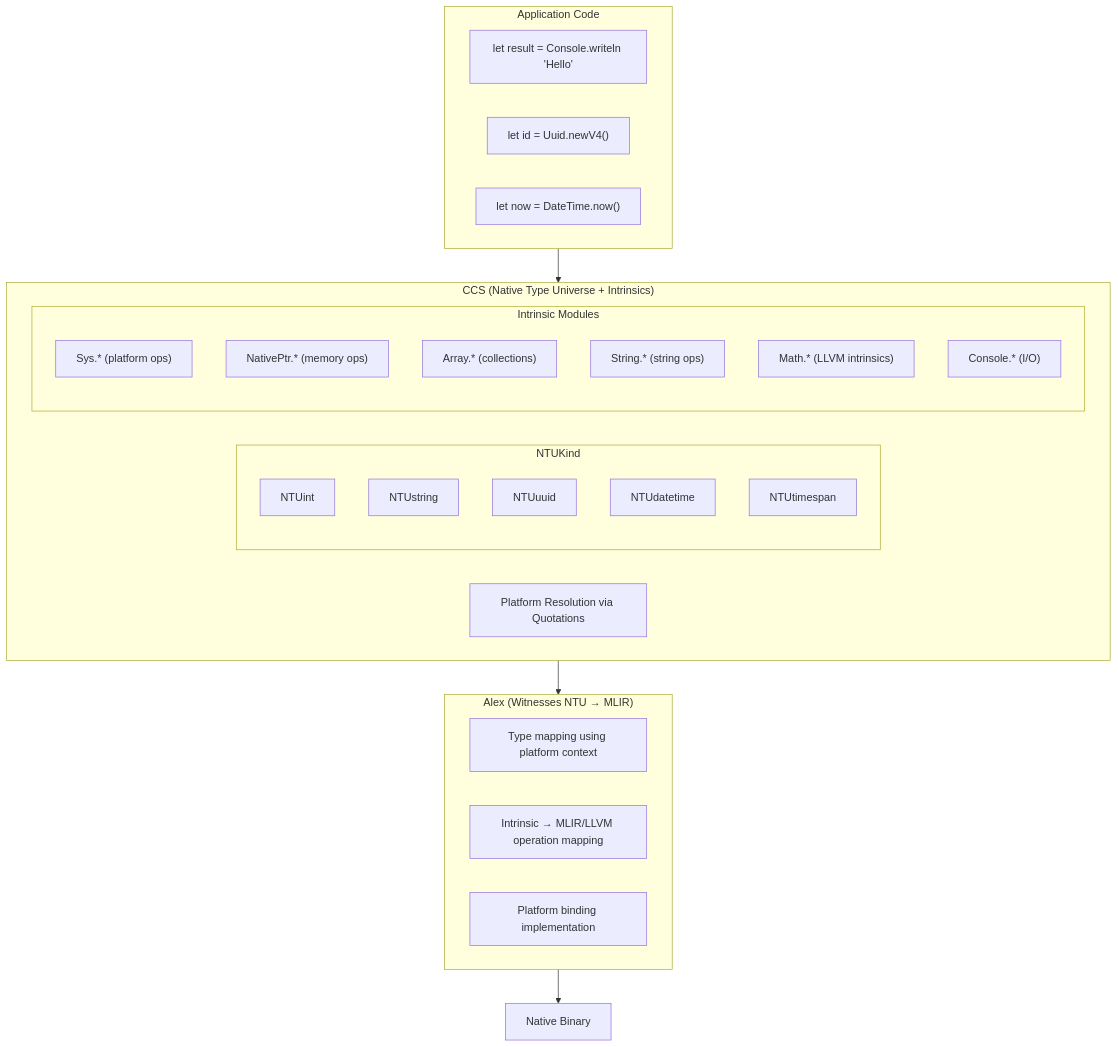
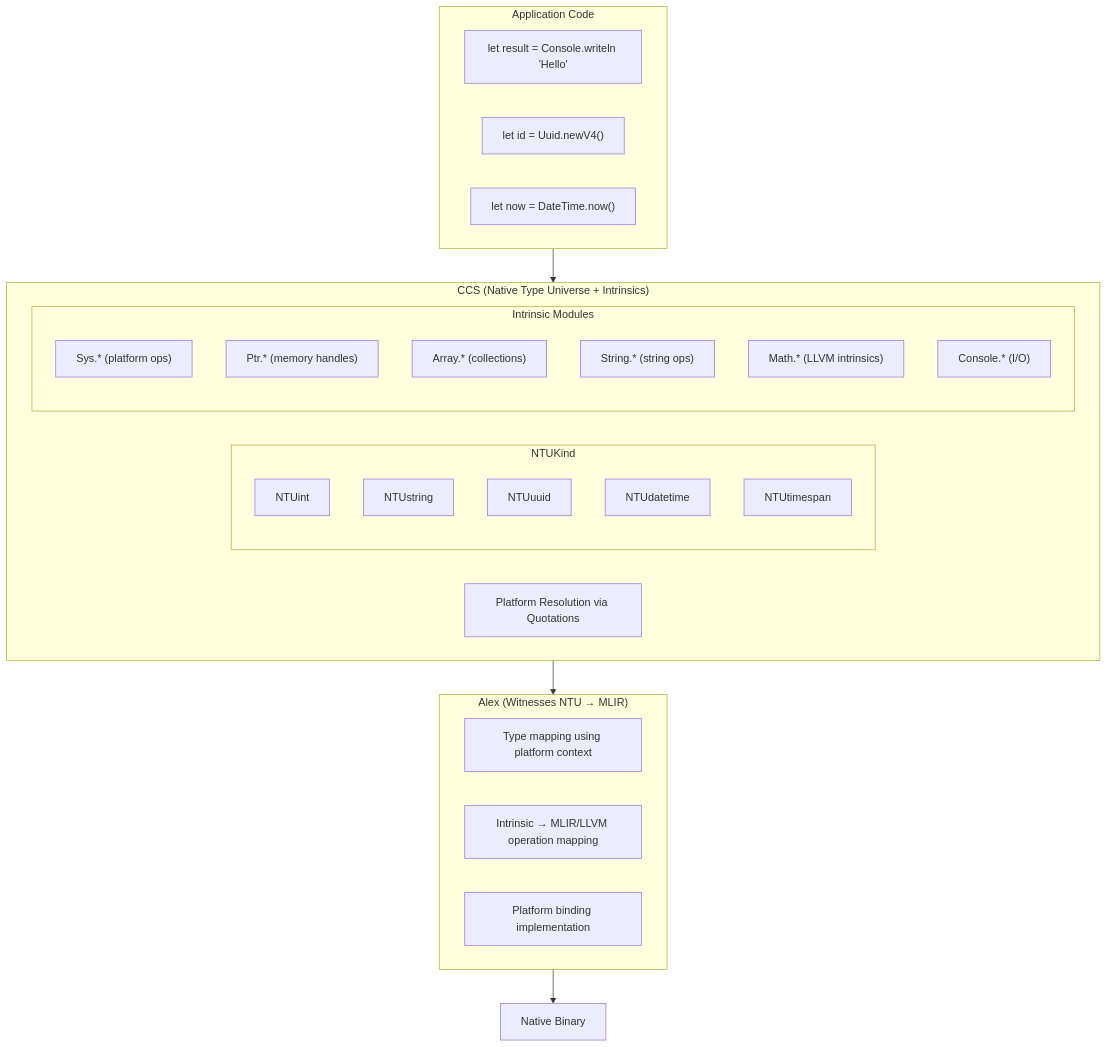
Before and after one commit to FidelityFramework/clef-lang-site: the fourth of 4 diagrams in hugo/content/docs/design/language/absorbing-alloy.md, drawn with Mermaid. The commit also changed other lines of this file and 25 other files, not shown here.

````diff
--- a/hugo/content/docs/design/language/absorbing-alloy.md
+++ b/hugo/content/docs/design/language/absorbing-alloy.md
@@ -290,39 +290,39 @@
 ```mermaid
 flowchart TD
     subgraph App["Application Code"]
         A1["let result = Console.writeln 'Hello'"]
         A2["let id = Uuid.newV4()"]
         A3["let now = DateTime.now()"]
     end
 
     subgraph CCS["CCS (Native Type Universe + Intrinsics)"]
         subgraph NTU["NTUKind"]
             N1[NTUint]
             N2[NTUstring]
             N3[NTUuuid]
             N4[NTUdatetime]
             N5[NTUtimespan]
         end
         subgraph Intrinsics["Intrinsic Modules"]
             I1["Sys.* (platform ops)"]
-            I2["NativePtr.* (memory ops)"]
+            I2["Ptr.* (memory handles)"]
             I3["Array.* (collections)"]
             I4["String.* (string ops)"]
             I5["Math.* (LLVM intrinsics)"]
             I6["Console.* (I/O)"]
         end
         PQ[Platform Resolution via Quotations]
     end
 
     subgraph Alex["Alex (Witnesses NTU → MLIR)"]
         X1[Type mapping using platform context]
         X2[Intrinsic → MLIR/LLVM operation mapping]
         X3[Platform binding implementation]
     end
 
     Binary[Native Binary]
 
     App --> CCS
     CCS --> Alex
     Alex --> Binary
 ```
````
